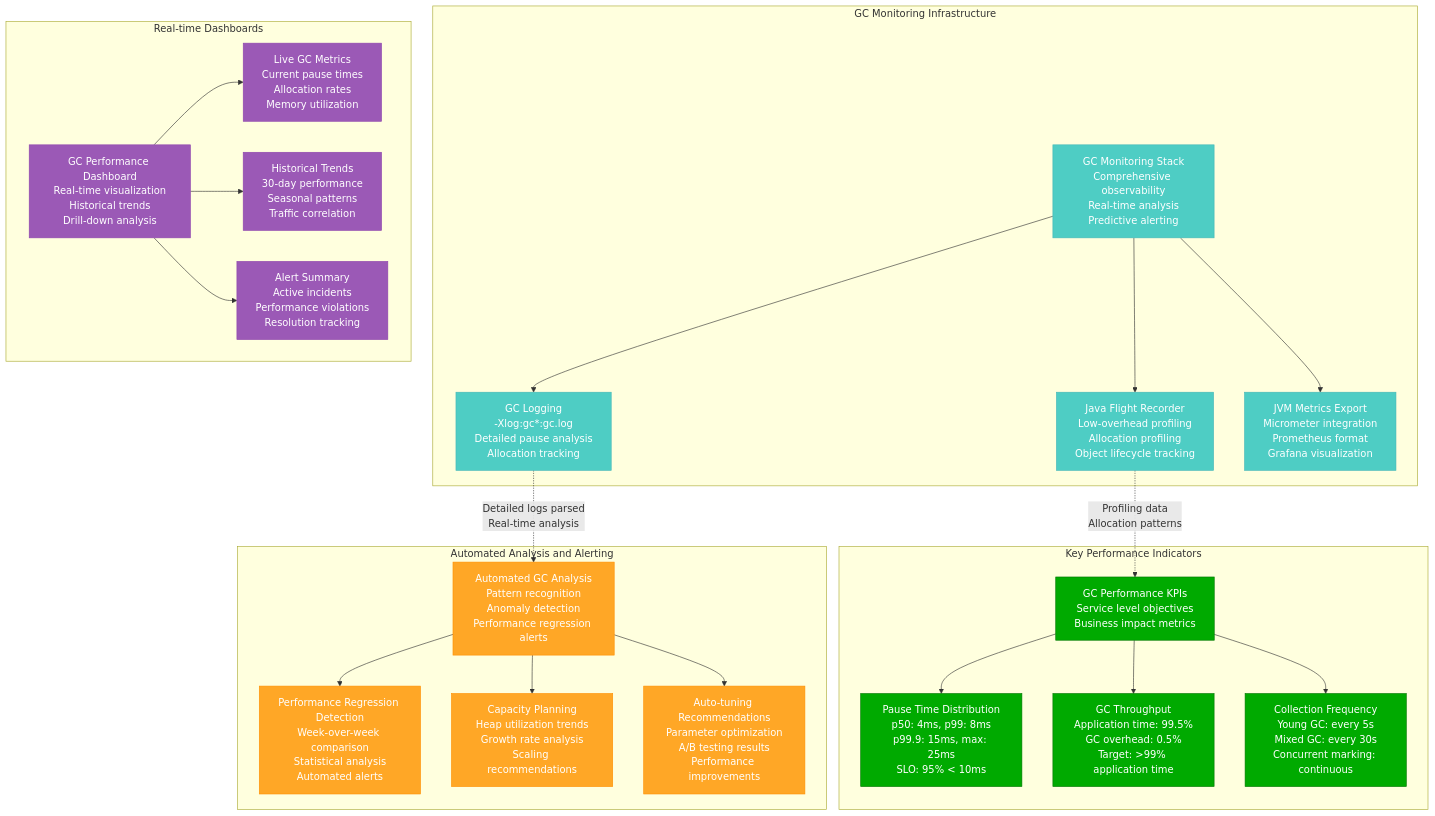
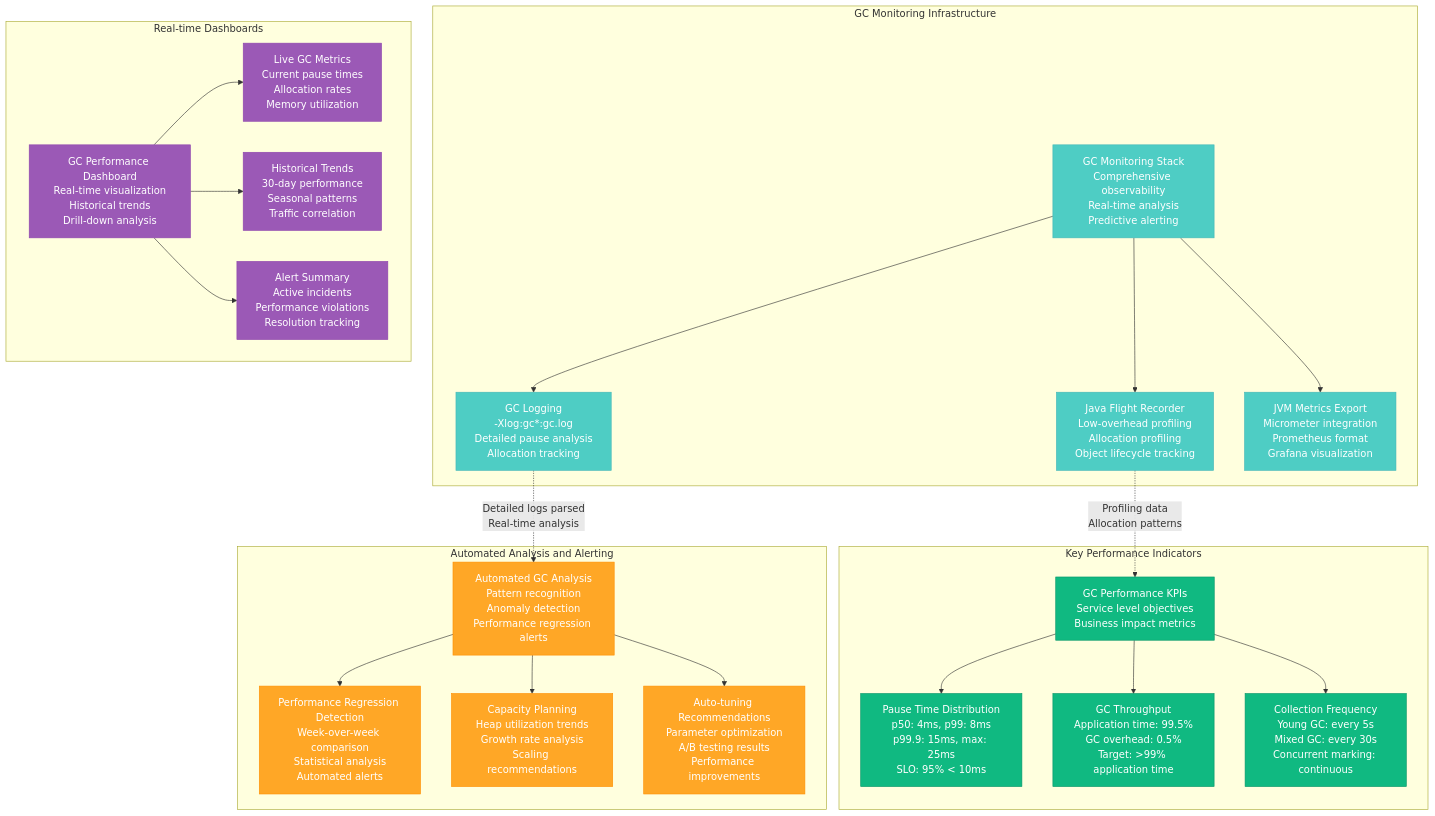
The fifth of 5 diagrams in site/docs/performance/jvm-gc-optimization.md (deepaucksharma/DS), drawn with Mermaid before and after one commit. The commit also changed other lines of this file and 303 other files, not shown here.

````diff
--- a/site/docs/performance/jvm-gc-optimization.md
+++ b/site/docs/performance/jvm-gc-optimization.md
@@ -208,45 +208,45 @@
 ```mermaid
 graph TB
     subgraph "GC Monitoring Infrastructure"
         Monitor[GC Monitoring Stack<br/>Comprehensive observability<br/>Real-time analysis<br/>Predictive alerting]
         Monitor --> GCLog[GC Logging<br/>-Xlog:gc*:gc.log<br/>Detailed pause analysis<br/>Allocation tracking]
         Monitor --> JFR[Java Flight Recorder<br/>Low-overhead profiling<br/>Allocation profiling<br/>Object lifecycle tracking]
         Monitor --> Metrics[JVM Metrics Export<br/>Micrometer integration<br/>Prometheus format<br/>Grafana visualization]
     end
 
     subgraph "Key Performance Indicators"
         KPIs[GC Performance KPIs<br/>Service level objectives<br/>Business impact metrics]
         KPIs --> PauseTime[Pause Time Distribution<br/>p50: 4ms, p99: 8ms<br/>p99.9: 15ms, max: 25ms<br/>SLO: 95% < 10ms]
         KPIs --> Throughput[GC Throughput<br/>Application time: 99.5%<br/>GC overhead: 0.5%<br/>Target: >99% application time]
         KPIs --> Frequency[Collection Frequency<br/>Young GC: every 5s<br/>Mixed GC: every 30s<br/>Concurrent marking: continuous]
     end
 
     subgraph "Automated Analysis and Alerting"
         Analysis[Automated GC Analysis<br/>Pattern recognition<br/>Anomaly detection<br/>Performance regression alerts]
         Analysis --> Regression[Performance Regression Detection<br/>Week-over-week comparison<br/>Statistical analysis<br/>Automated alerts]
         Analysis --> Capacity[Capacity Planning<br/>Heap utilization trends<br/>Growth rate analysis<br/>Scaling recommendations]
         Analysis --> Tuning[Auto-tuning Recommendations<br/>Parameter optimization<br/>A/B testing results<br/>Performance improvements]
     end
 
     subgraph "Real-time Dashboards"
         Dashboard[GC Performance Dashboard<br/>Real-time visualization<br/>Historical trends<br/>Drill-down analysis]
         Dashboard --> LiveMetrics[Live GC Metrics<br/>Current pause times<br/>Allocation rates<br/>Memory utilization]
         Dashboard --> Trends[Historical Trends<br/>30-day performance<br/>Seasonal patterns<br/>Traffic correlation]
         Dashboard --> Alerts[Alert Summary<br/>Active incidents<br/>Performance violations<br/>Resolution tracking]
     end
 
     %% Monitoring flow
     GCLog -.->|"Detailed logs parsed<br/>Real-time analysis"| Analysis
     JFR -.->|"Profiling data<br/>Allocation patterns"| KPIs
 
     %% Apply styles
     classDef monitorStyle fill:#4ECDC4,stroke:#45B7B8,color:#fff
-    classDef kpiStyle fill:#00AA00,stroke:#007700,color:#fff
+    classDef kpiStyle fill:#10B981,stroke:#059669,color:#fff
     classDef analysisStyle fill:#FFA726,stroke:#FF8F00,color:#fff
     classDef dashboardStyle fill:#9B59B6,stroke:#8E44AD,color:#fff
 
     class Monitor,GCLog,JFR,Metrics monitorStyle
     class KPIs,PauseTime,Throughput,Frequency kpiStyle
     class Analysis,Regression,Capacity,Tuning analysisStyle
     class Dashboard,LiveMetrics,Trends,Alerts dashboardStyle
 ```
````
